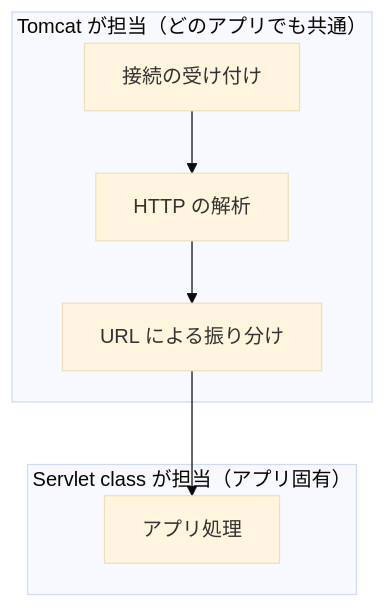
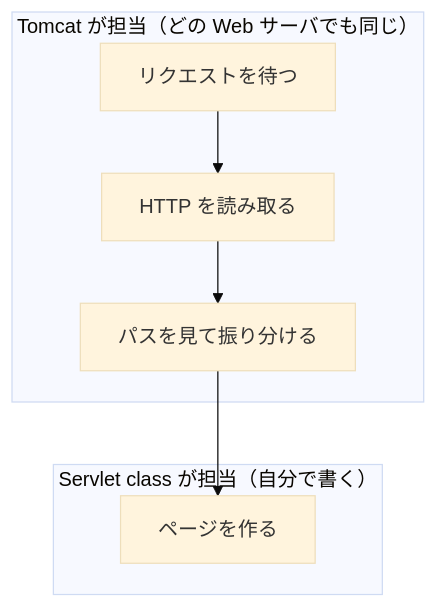
One commit to Appricot144/teaching-material changed the diagram in servlet/02-servlet-and-tomcat/01-java-web-server.md. Above: the diagram before and after it, drawn with Mermaid (base theme). The commit also changed other lines of this file and 3 other files, not shown here.

````diff
--- a/servlet/02-servlet-and-tomcat/01-java-web-server.md
+++ b/servlet/02-servlet-and-tomcat/01-java-web-server.md
@@ -49,10 +61,10 @@
 ```mermaid
 flowchart TB
-    subgraph T["Tomcat が担当（どのアプリでも共通）"]
-        A["接続の受け付け"] --> B["HTTP の解析"] --> C["URL による振り分け"]
+    subgraph T["Tomcat が担当（どの Web サーバでも同じ）"]
+        A["リクエストを待つ"] --> B["HTTP を読み取る"] --> C["パスを見て振り分ける"]
     end
-    subgraph S["Servlet class が担当（アプリ固有）"]
-        D["アプリ処理"]
+    subgraph S["Servlet class が担当（自分で書く）"]
+        D["ページを作る"]
     end
     C --> D
 ```
````
